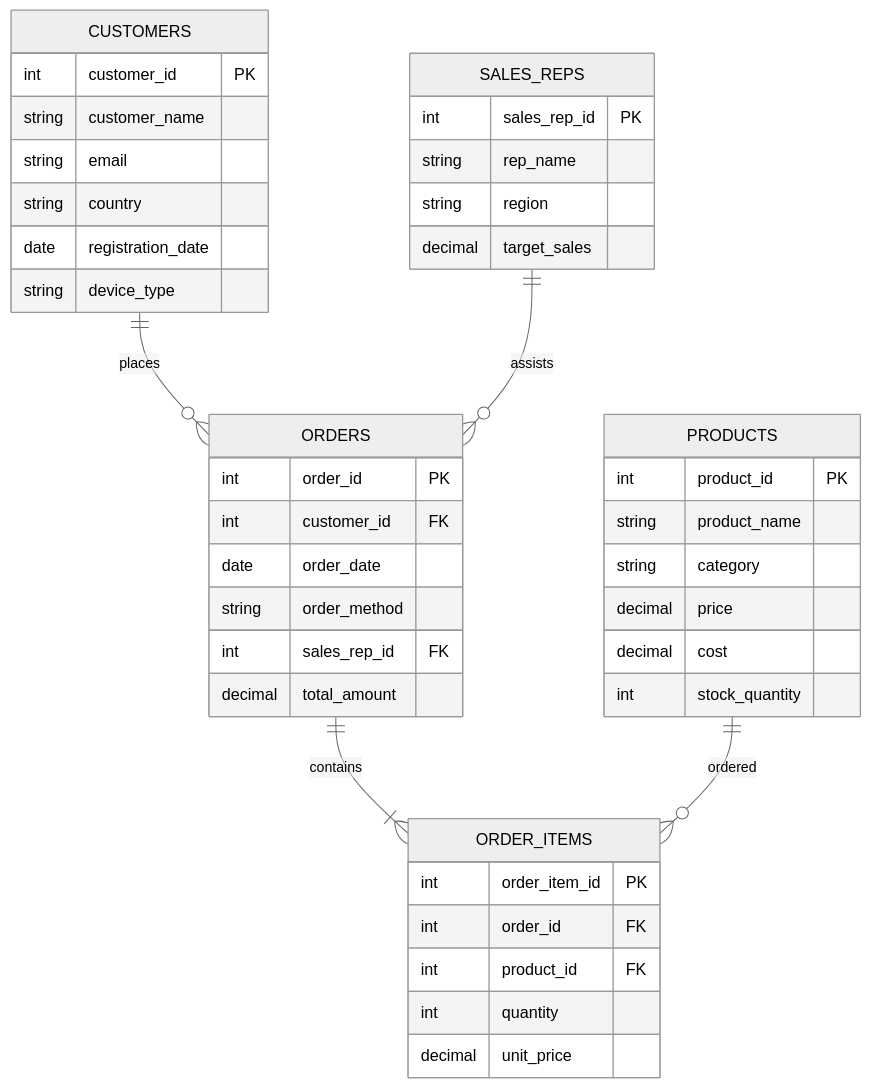
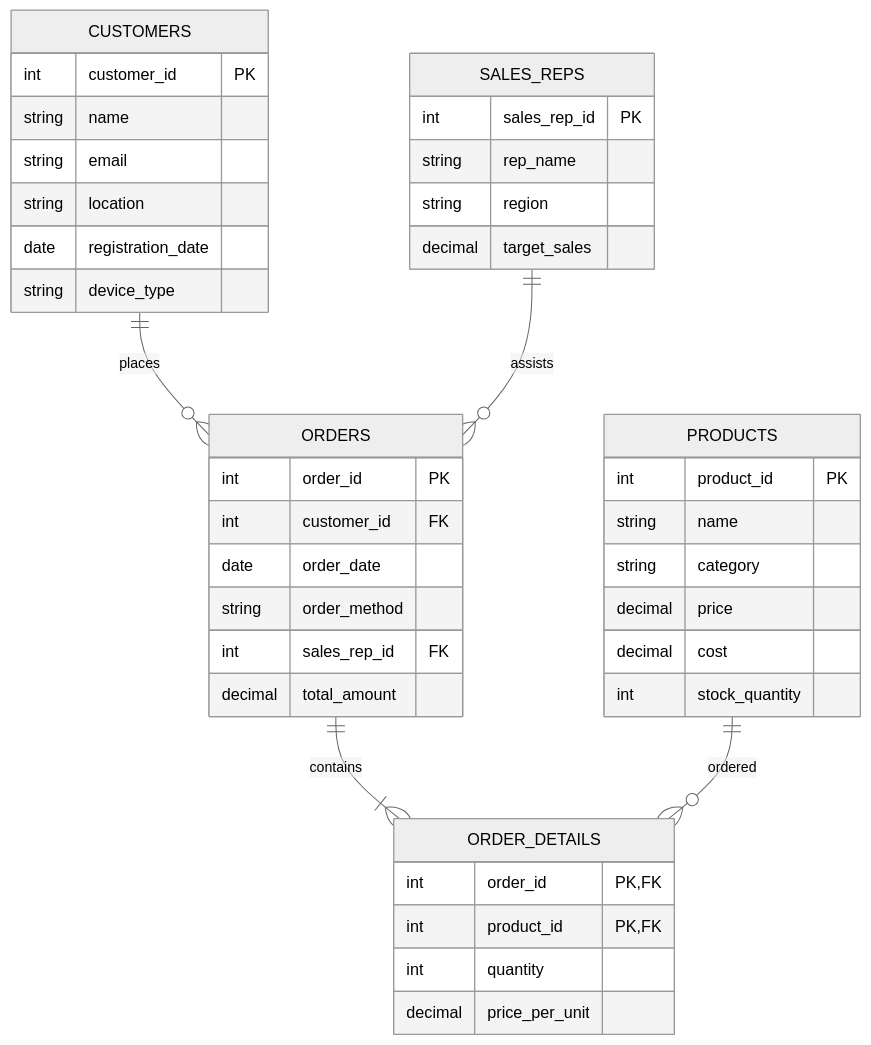
Before and after one commit to Bhnama/TrendAnalyzer: the diagram in README.md, drawn with Mermaid (neutral theme). The commit also changed 5 other files, not shown here.

Commit message:
refactor: align schemas perfectly with case study and load 200 real orders from spreadsheet

````diff
--- a/README.md
+++ b/README.md
@@ -28,45 +28,44 @@
 ```mermaid
 erDiagram
     CUSTOMERS ||--o{ ORDERS : places
     SALES_REPS ||--o{ ORDERS : assists
-    ORDERS ||--|{ ORDER_ITEMS : contains
-    PRODUCTS ||--o{ ORDER_ITEMS : ordered
+    ORDERS ||--|{ ORDER_DETAILS : contains
+    PRODUCTS ||--o{ ORDER_DETAILS : ordered
     
     CUSTOMERS {
         int customer_id PK
-        string customer_name
+        string name
         string email
-        string country
+        string location
         date registration_date
         string device_type
     }
     PRODUCTS {
         int product_id PK
-        string product_name
+        string name
         string category
         decimal price
         decimal cost
         int stock_quantity
     }
     SALES_REPS {
         int sales_rep_id PK
         string rep_name
         string region
         decimal target_sales
     }
     ORDERS {
         int order_id PK
         int customer_id FK
         date order_date
         string order_method
         int sales_rep_id FK
         decimal total_amount
     }
-    ORDER_ITEMS {
-        int order_item_id PK
-        int order_id FK
-        int product_id FK
+    ORDER_DETAILS {
+        int order_id PK, FK
+        int product_id PK, FK
         int quantity
-        decimal unit_price
+        decimal price_per_unit
     }
 ```
````
